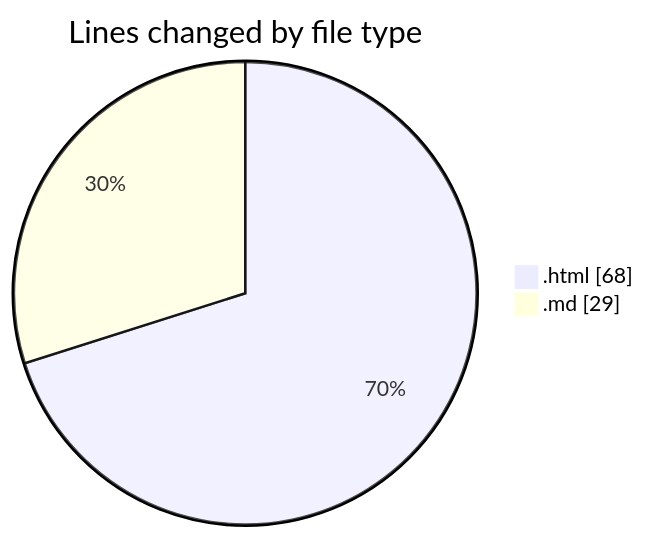
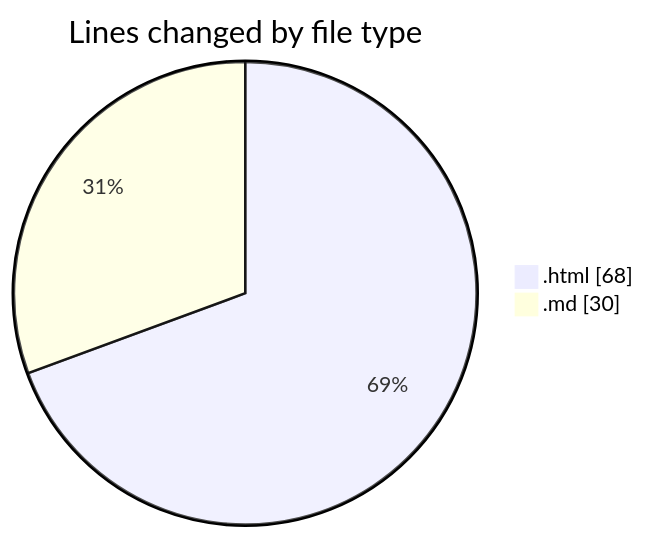
Before and after one commit to Ritupan-Deka/code-tracking: the first of 2 diagrams in 2025-07-04/urlwebwala_intership_work/README.md, drawn with Mermaid. The commit also changed other lines of this file and 1 other file, not shown here.

````diff
--- a/2025-07-04/urlwebwala_intership_work/README.md
+++ b/2025-07-04/urlwebwala_intership_work/README.md
@@ -21,6 +21,6 @@
 ```mermaid
 pie showData
 title Lines changed by file type
 ".html" : 68
-".md" : 29
+".md" : 30
 ```
````
